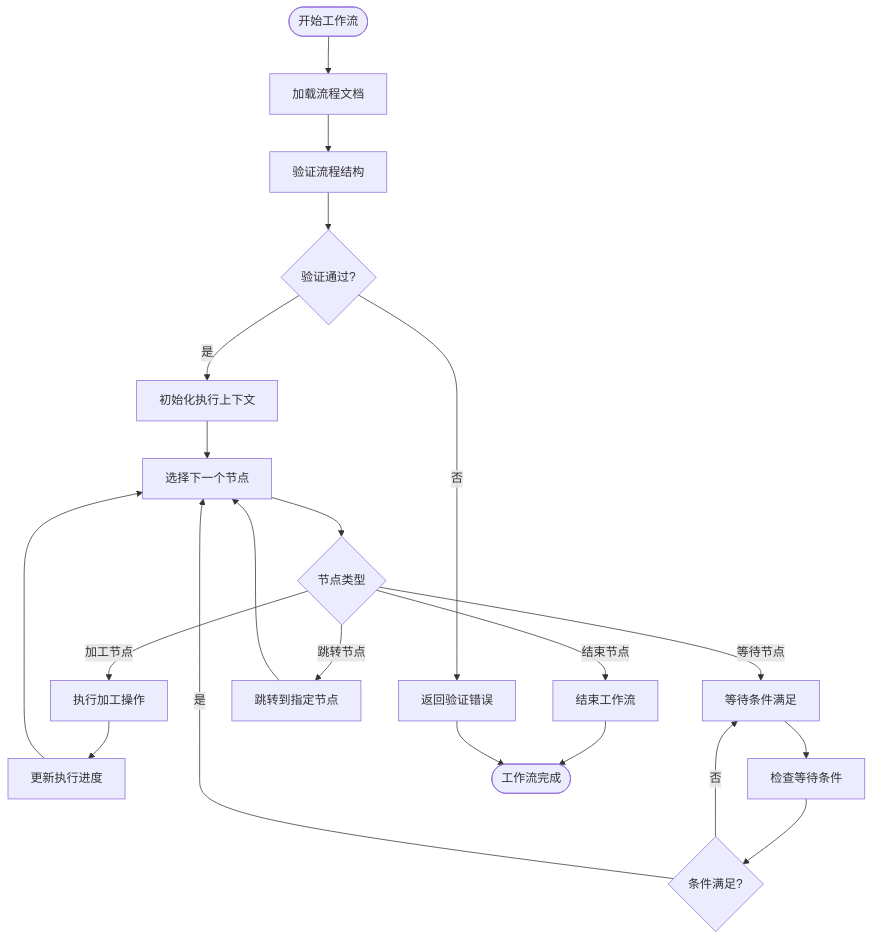
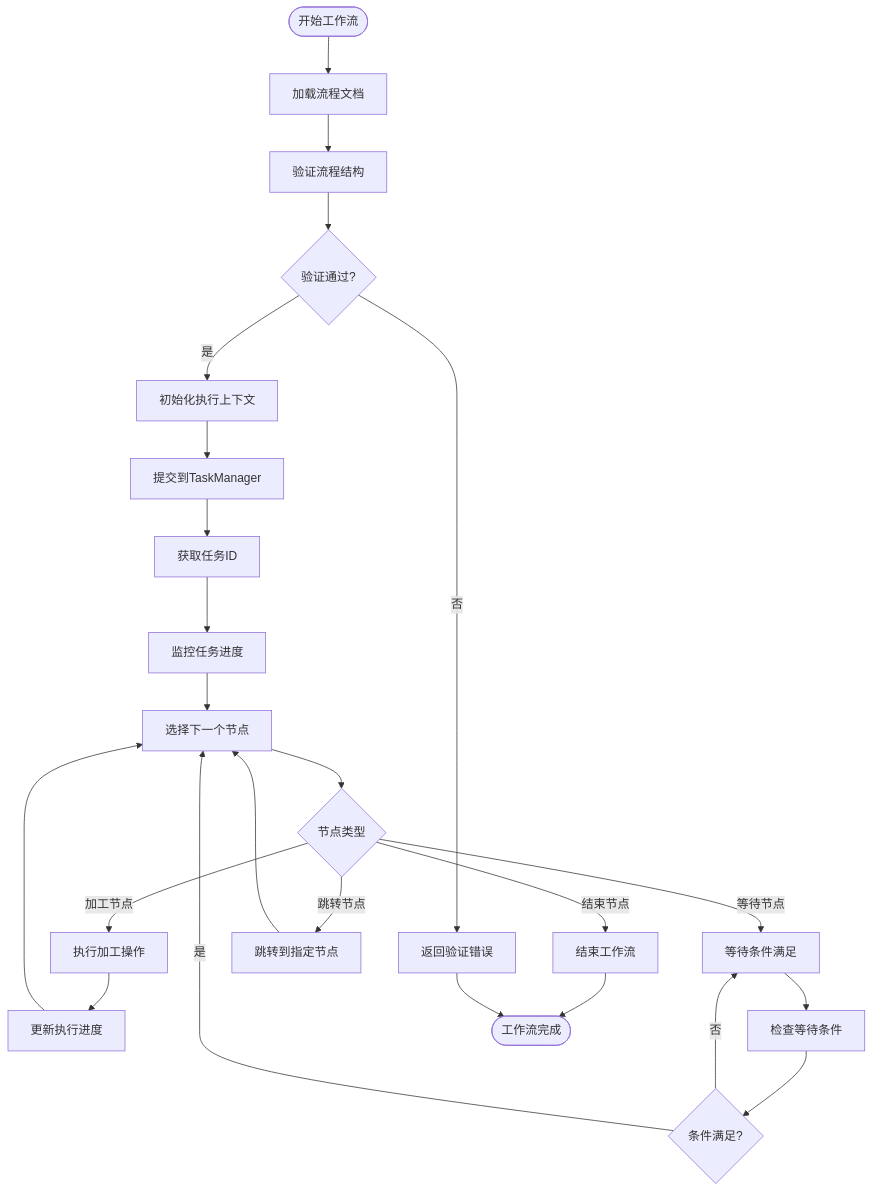
Before and after one commit to super1wang/LaserCNCv1.0: the seventh of 18 diagrams in .qoder/repowiki/zh/content/项目概述/模块设计/Process模块设计/Process模块服务管理架构改进.md, drawn with Mermaid. The commit also changed other lines of this file and 159 other files, not shown here.

````diff
--- a/.qoder/repowiki/zh/content/项目概述/模块设计/Process模块设计/Process模块服务管理架构改进.md
+++ b/.qoder/repowiki/zh/content/项目概述/模块设计/Process模块设计/Process模块服务管理架构改进.md
@@ -395,23 +461,26 @@
 ```mermaid
 flowchart TD
 Start([开始工作流]) --> LoadDoc["加载流程文档"]
 LoadDoc --> Validate["验证流程结构"]
 Validate --> Valid{"验证通过?"}
 Valid --> |否| Error["返回验证错误"]
 Valid --> |是| InitContext["初始化执行上下文"]
-InitContext --> SelectNode["选择下一个节点"]
+InitContext --> SubmitTask["提交到TaskManager"]
+SubmitTask --> TaskId["获取任务ID"]
+TaskId --> MonitorTask["监控任务进度"]
+MonitorTask --> SelectNode["选择下一个节点"]
 SelectNode --> NodeType{"节点类型"}
 NodeType --> |加工节点| ExecuteOp["执行加工操作"]
 NodeType --> |等待节点| WaitNode["等待条件满足"]
 NodeType --> |跳转节点| JumpNode["跳转到指定节点"]
 NodeType --> |结束节点| EndNode["结束工作流"]
 ExecuteOp --> UpdateProgress["更新执行进度"]
 WaitNode --> CheckCondition["检查等待条件"]
 CheckCondition --> ConditionMet{"条件满足?"}
 ConditionMet --> |否| WaitNode
 ConditionMet --> |是| SelectNode
 UpdateProgress --> SelectNode
 JumpNode --> SelectNode
 EndNode --> Complete([工作流完成])
 Error --> Complete
 ```
````
